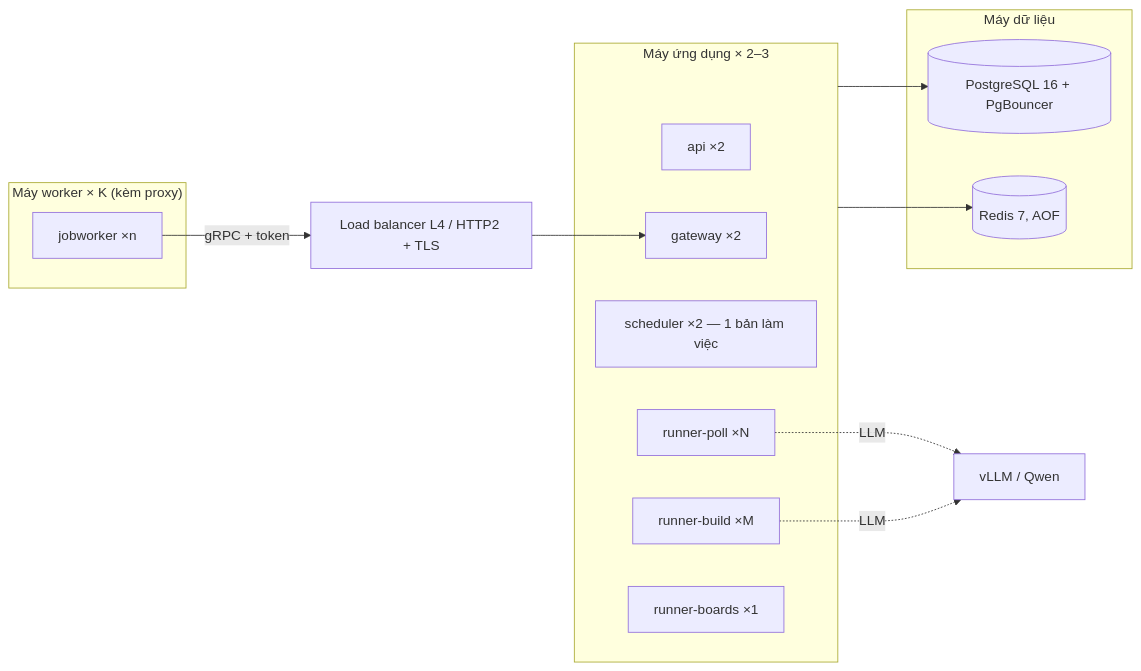
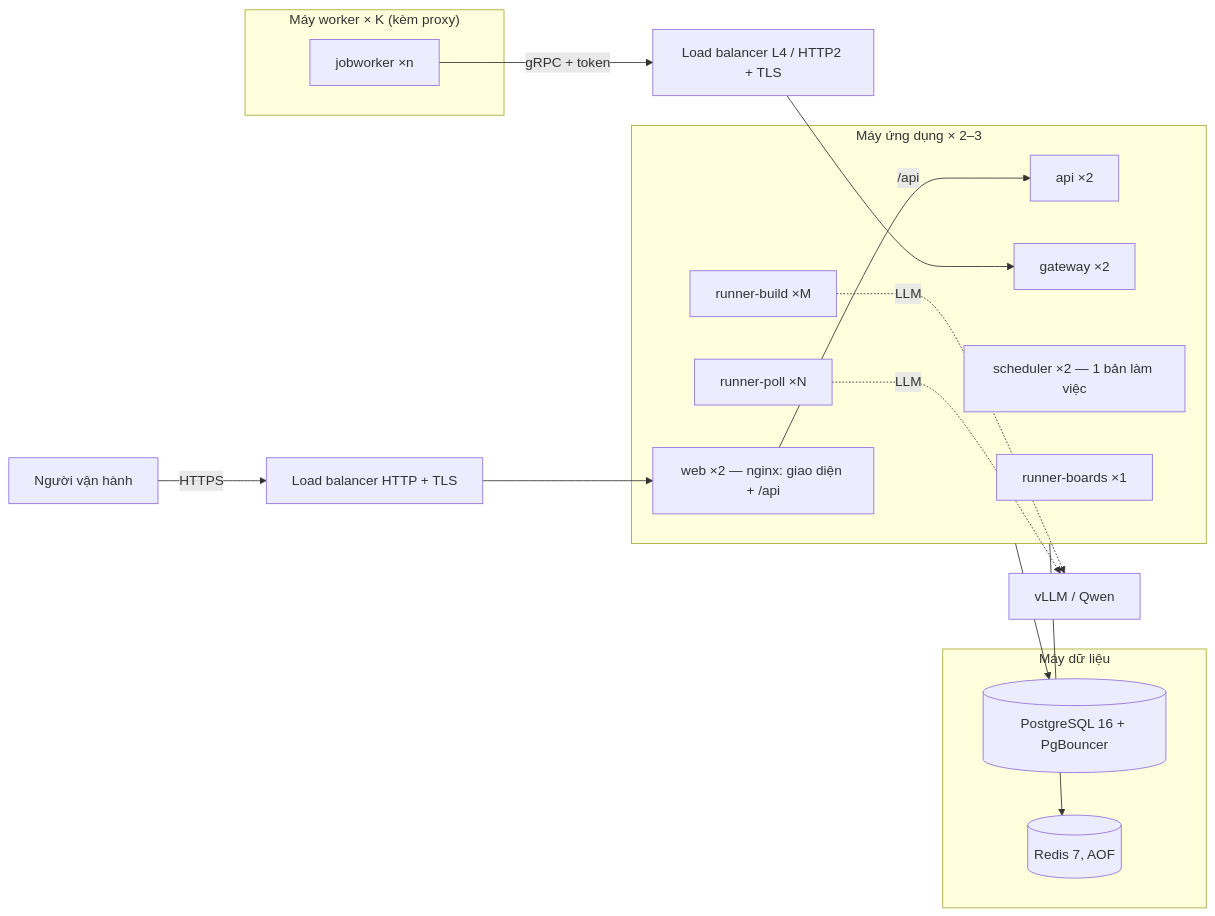
One commit to ntthanh2603/job-crawler changed the diagram in docs/DEPLOY.md. Above: the diagram before and after it, drawn with Mermaid. The commit also changed other lines of this file and 74 other files, not shown here.

````diff
--- a/docs/DEPLOY.md
+++ b/docs/DEPLOY.md
@@ -10,23 +10,26 @@
 ```mermaid
 flowchart LR
   subgraph data["Máy dữ liệu"]
     PG[(PostgreSQL 16 + PgBouncer)]
     RD[(Redis 7, AOF)]
   end
   subgraph app["Máy ứng dụng × 2–3"]
+    WEB[web ×2 — nginx: giao diện + /api]
     API[api ×2]
     GW[gateway ×2]
     SCH[scheduler ×2 — 1 bản làm việc]
     RP[runner-poll ×N]
     RB[runner-build ×M]
     RBo[runner-boards ×1]
   end
   subgraph workers["Máy worker × K (kèm proxy)"]
     W1[jobworker ×n]
   end
   LB[Load balancer L4 / HTTP2 + TLS] --> GW
+  U[Người vận hành] -->|HTTPS| LB2[Load balancer HTTP + TLS] --> WEB
+  WEB -->|/api| API
   W1 -->|gRPC + token| LB
   app --> PG
   app --> RD
   RP & RB -.->|LLM| LLM[vLLM / Qwen]
 ```
````
